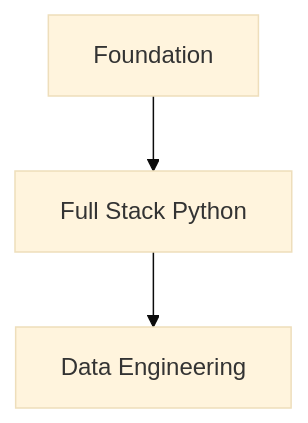
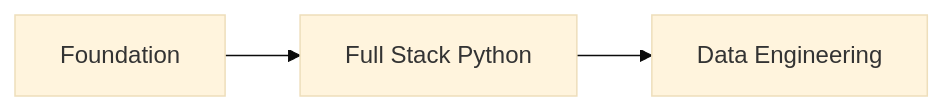
The diagram in README.md (Raman7072/d_engineering), drawn with Mermaid (base theme) before and after one commit.

````diff
--- a/README.md
+++ b/README.md
@@ -4,5 +4,5 @@
 ```mermaid
-graph
+graph LR
     A[Foundation] --> B[Full Stack Python]
     B --> C[Data Engineering]
 ```
````
